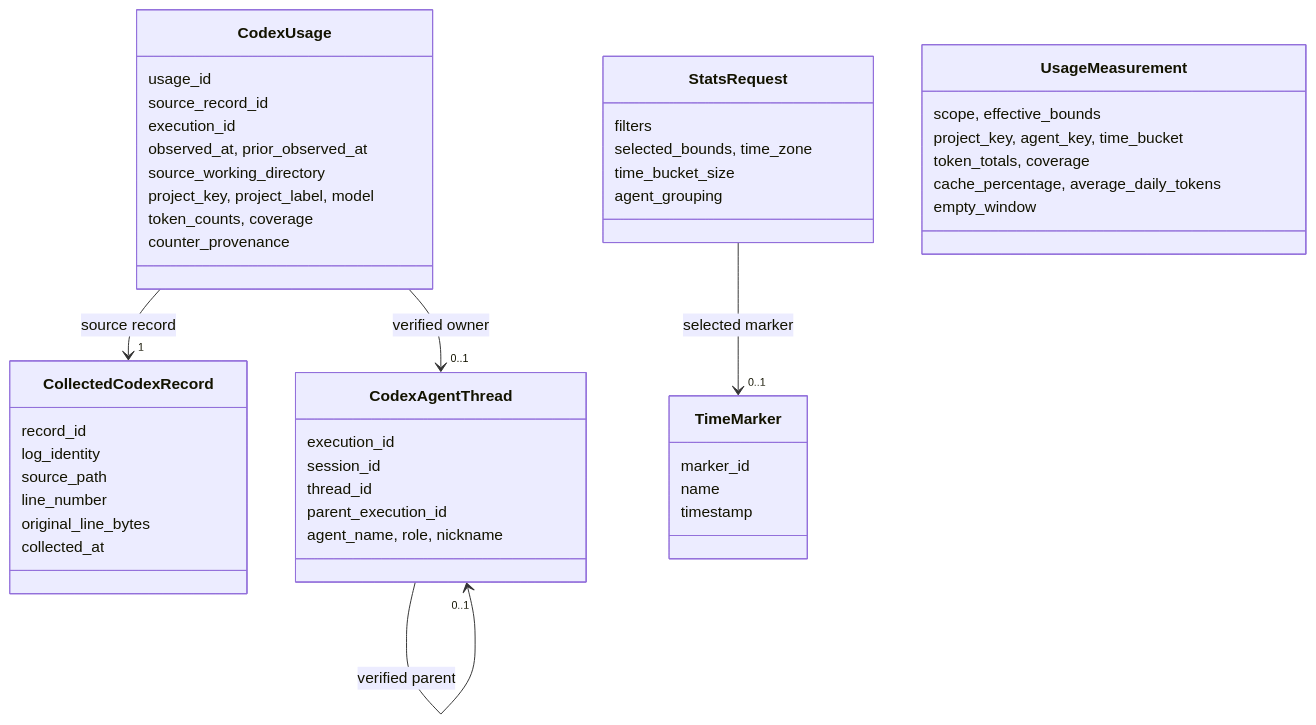
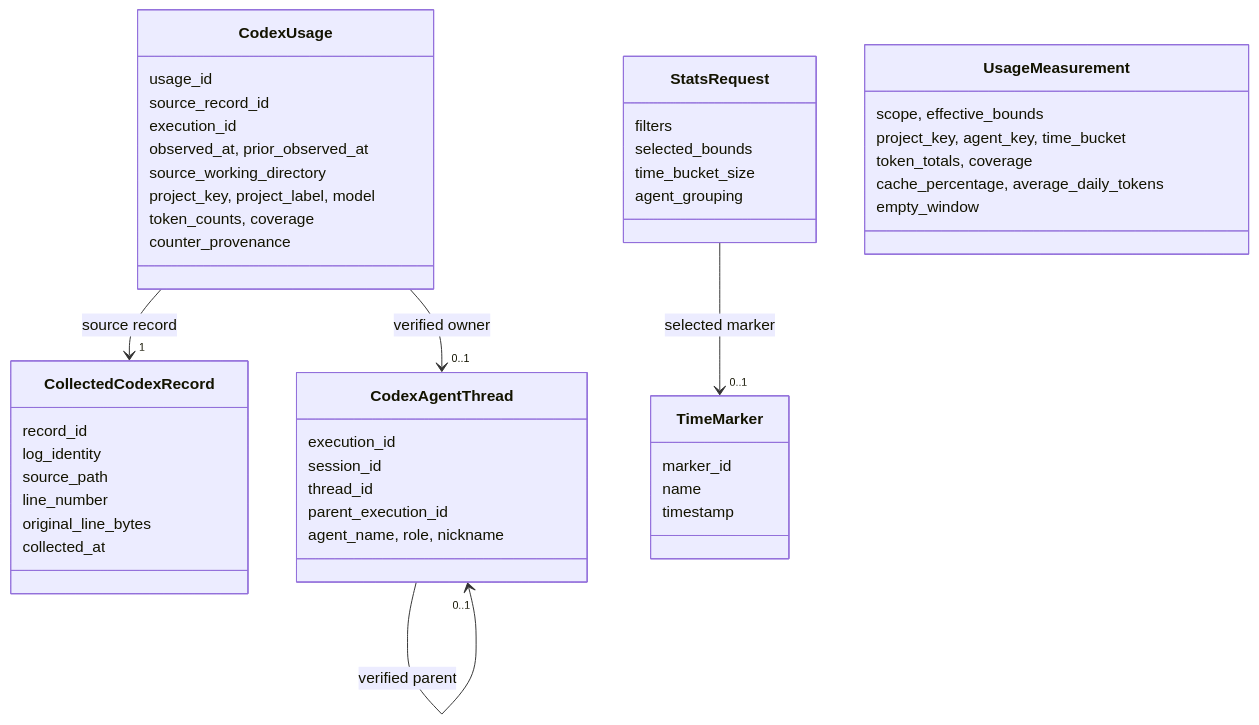
One commit to xtrmstep/codex-stats-analyzer changed the diagram in specification/02-architecture/02-design/010-usage-data-model.md. Above: the diagram before and after it, drawn with Mermaid. The commit also changed other lines of this file and 8 other files, not shown here.

````diff
--- a/specification/02-architecture/02-design/010-usage-data-model.md
+++ b/specification/02-architecture/02-design/010-usage-data-model.md
@@ -20,50 +20,50 @@
 ```mermaid
 classDiagram
     class CollectedCodexRecord {
         record_id
         log_identity
         source_path
         line_number
         original_line_bytes
         collected_at
     }
     class CodexAgentThread {
         execution_id
         session_id
         thread_id
         parent_execution_id
         agent_name, role, nickname
     }
     class CodexUsage {
         usage_id
         source_record_id
         execution_id
         observed_at, prior_observed_at
         source_working_directory
         project_key, project_label, model
         token_counts, coverage
         counter_provenance
     }
     class TimeMarker {
         marker_id
         name
         timestamp
     }
     class StatsRequest {
         filters
-        selected_bounds, time_zone
+        selected_bounds
         time_bucket_size
         agent_grouping
     }
     class UsageMeasurement {
         scope, effective_bounds
         project_key, agent_key, time_bucket
         token_totals, coverage
         cache_percentage, average_daily_tokens
         empty_window
     }
     CodexUsage --> "1" CollectedCodexRecord : source record
     CodexUsage --> "0..1" CodexAgentThread : verified owner
     CodexAgentThread --> "0..1" CodexAgentThread : verified parent
     StatsRequest --> "0..1" TimeMarker : selected marker
 ```
````
